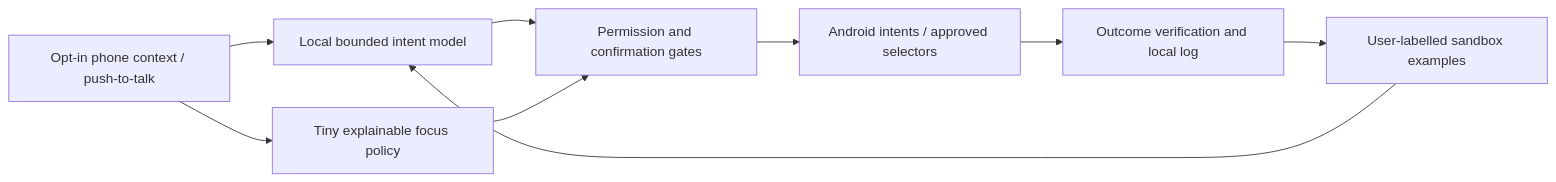
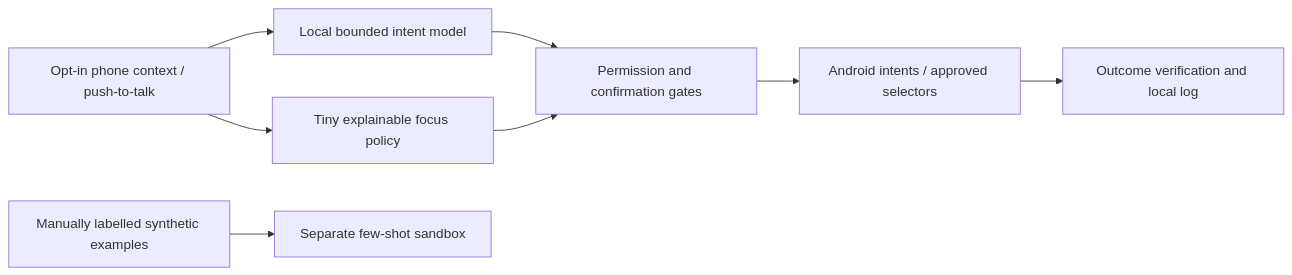
One commit to sanjuhs/iqoo-focuspilot changed the diagram in README.md. Above: the diagram before and after it, drawn with Mermaid. The commit also changed other lines of this file and 32 other files, not shown here.

````diff
--- a/README.md
+++ b/README.md
@@ -38,11 +42,10 @@
 ```mermaid
 flowchart LR
     A[Opt-in phone context / push-to-talk] --> B[Local bounded intent model]
     A --> C[Tiny explainable focus policy]
     B --> D[Permission and confirmation gates]
     C --> D
     D --> E[Android intents / approved selectors]
     E --> F[Outcome verification and local log]
-    F --> G[User-labelled sandbox examples]
-    G --> B
+    H[Manually labelled synthetic examples] --> G[Separate few-shot sandbox]
 ```
````
